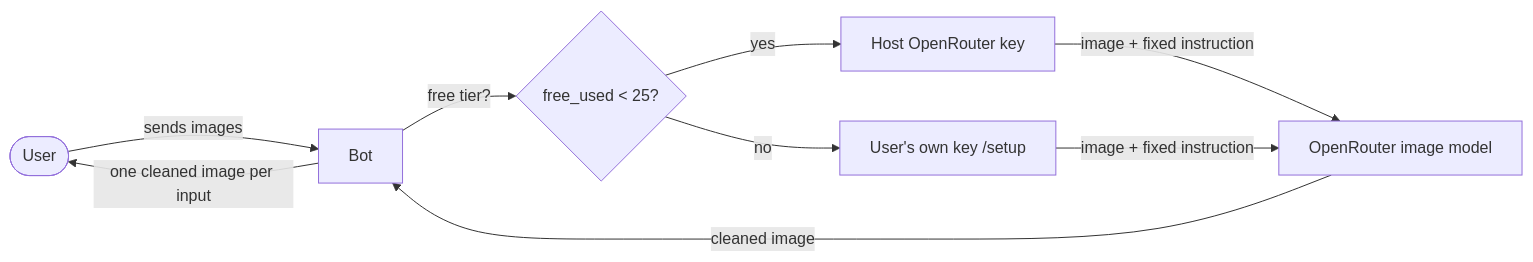
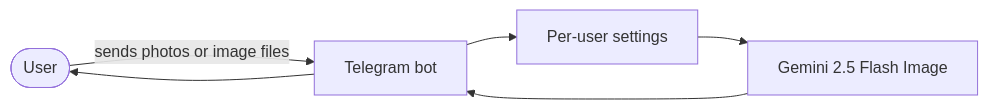
Before and after one commit to icherniukh/mr-prompter-bot: the diagram in README.md, drawn with Mermaid. The commit also changed other lines of this file and 53 other files, not shown here.

Commit message:
feat: add Gemini image workflow and text-to-speech

````diff
--- a/README.md
+++ b/README.md
@@ -9,10 +11,8 @@
 ```mermaid
 flowchart LR
-    U([User]) -- sends images --> B[Bot]
-    B -- free tier? --> Q{free_used < 25?}
-    Q -- yes --> H[Host OpenRouter key]
-    Q -- no --> K[User's own key /setup]
-    H & K -- image + fixed instruction --> OR[OpenRouter image model]
-    OR -- cleaned image --> B
-    B -- one cleaned image per input --> U
+    U([User]) -- sends photos or image files --> T[Telegram bot]
+    T --> S[Per-user settings]
+    S --> GM[Gemini 2.5 Flash Image]
+    GM --> T
+    T --> U
 ```
````
